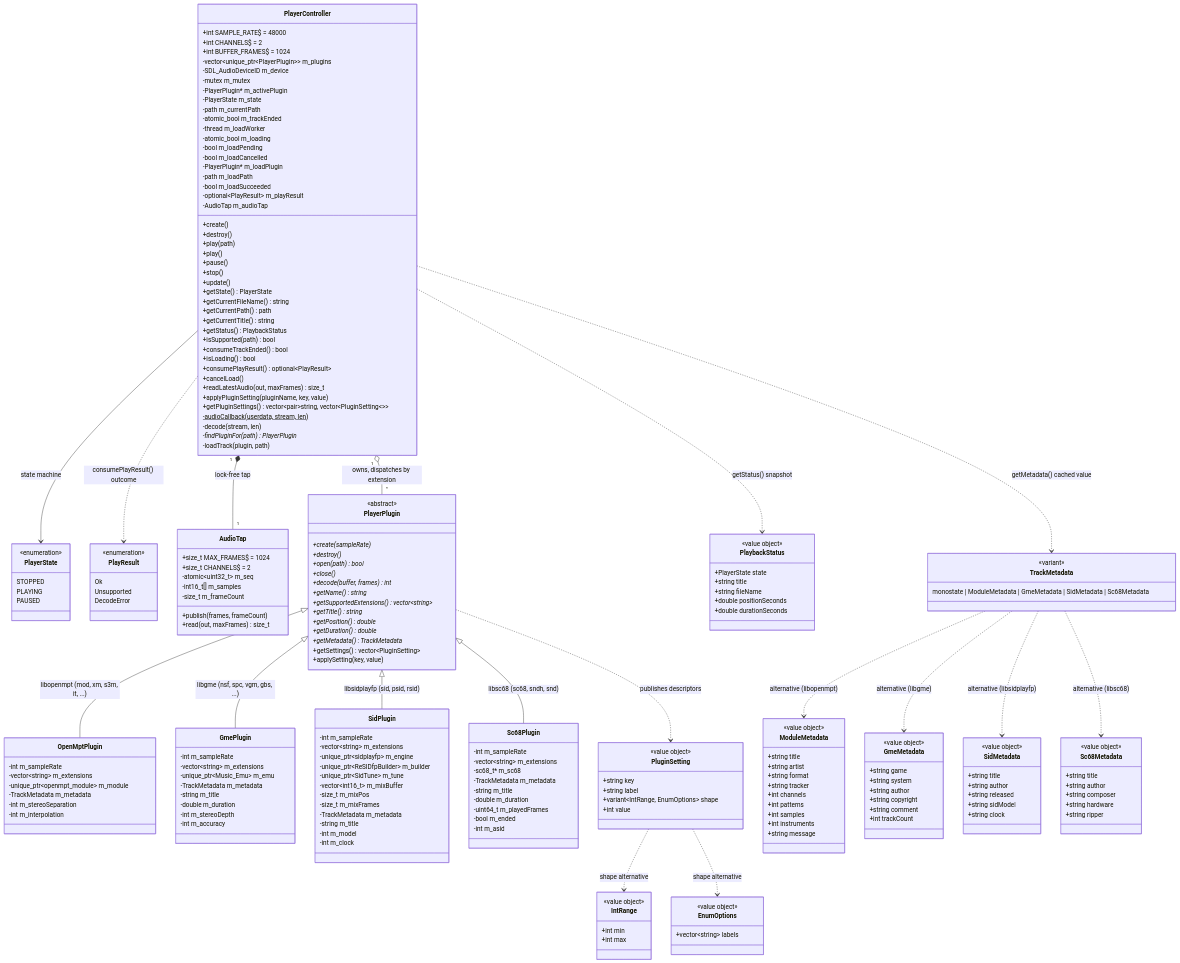
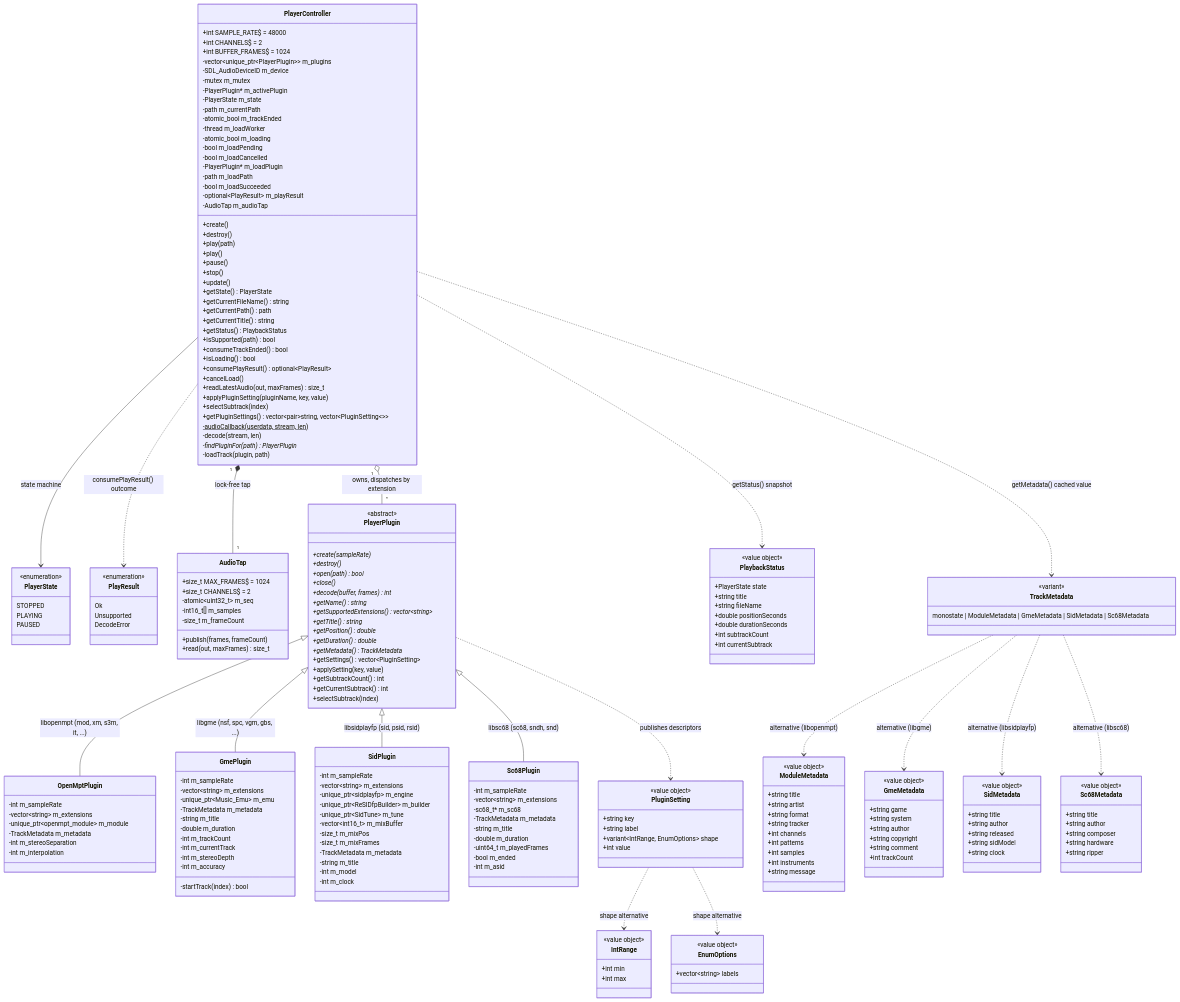
One commit to notnotme/osp2 changed the diagram in docs/audio.md. Above: the diagram before and after it, drawn with Mermaid. The commit also changed other lines of this file and 8 other files, not shown here.

```diff
--- a/docs/audio.md
+++ b/docs/audio.md
@@ -57,6 +57,7 @@
         +cancelLoad()
         +readLatestAudio(out, maxFrames) size_t
         +applyPluginSetting(pluginName, key, value)
+        +selectSubtrack(index)
         +getPluginSettings() vector~pair~string, vector~PluginSetting~~~
         -audioCallback(userdata, stream, len)$
         -decode(stream, len)
@@ -89,6 +90,9 @@
         +getMetadata()* TrackMetadata
         +getSettings() vector~PluginSetting~
         +applySetting(key, value)
+        +getSubtrackCount() int
+        +getCurrentSubtrack() int
+        +selectSubtrack(index)
     }
 
     class OpenMptPlugin {
@@ -107,8 +111,11 @@
         -TrackMetadata m_metadata
         -string m_title
         -double m_duration
+        -int m_trackCount
+        -int m_currentTrack
         -int m_stereoDepth
         -int m_accuracy
+        -startTrack(index) bool
     }
 
     class SidPlugin {
@@ -164,6 +171,8 @@
         +string fileName
         +double positionSeconds
         +double durationSeconds
+        +int subtrackCount
+        +int currentSubtrack
     }
 
     class ModuleMetadata {
```
